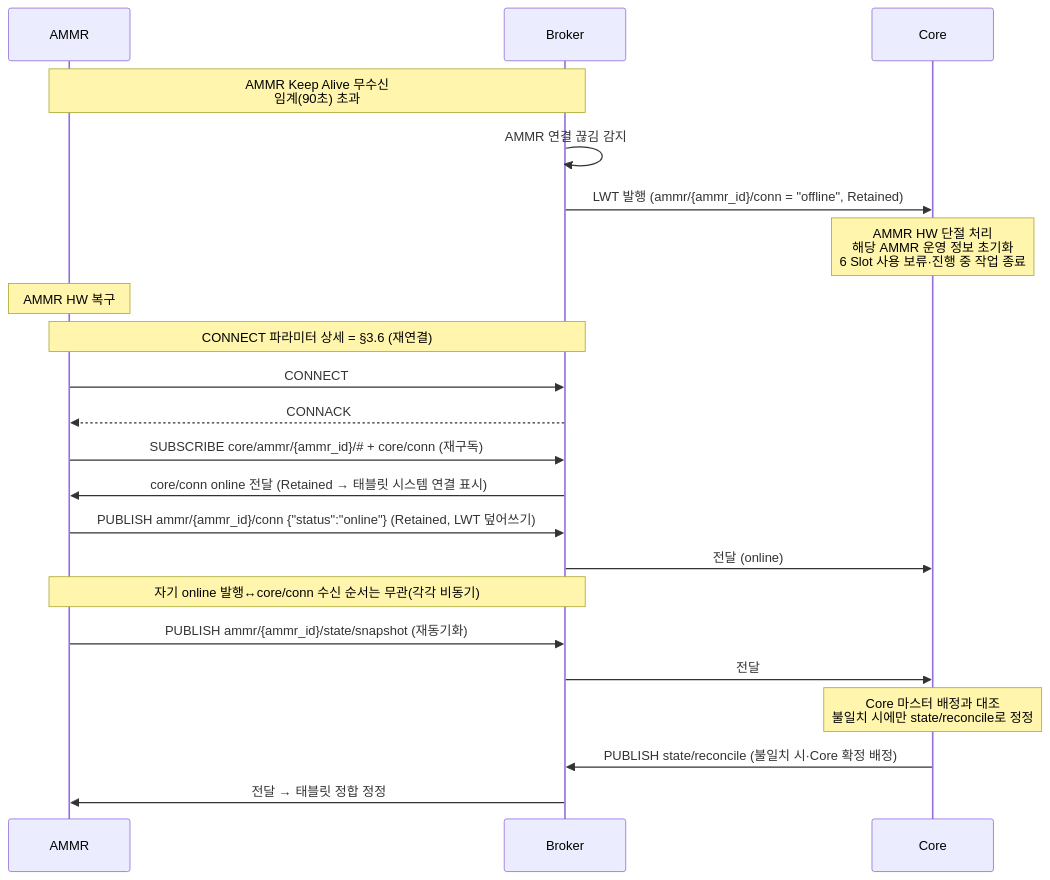
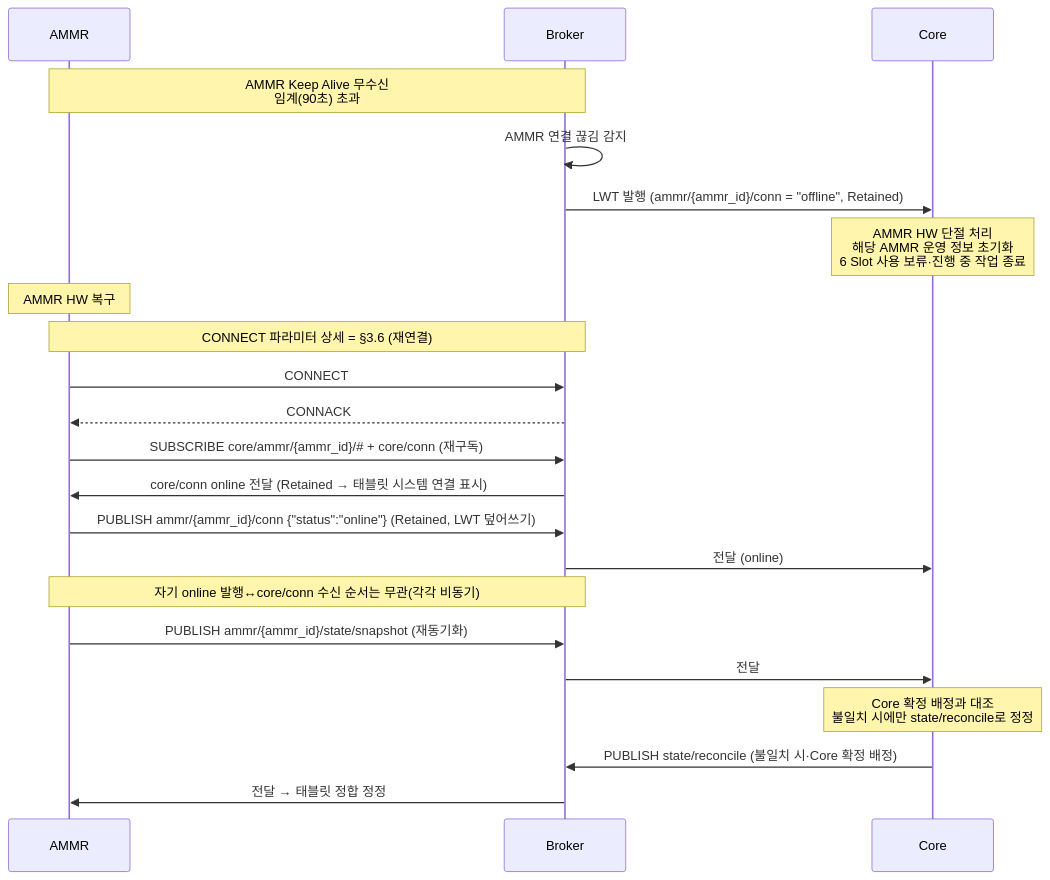
Before and after one commit to kimminsu0315/Core-Docs: diagram 12 of 13 in docs/out/Core_ICD_AMMR.md, drawn with Mermaid. The commit also changed other lines of this file and 7 other files, not shown here.

````diff
--- a/docs/out/Core_ICD_AMMR.md
+++ b/docs/out/Core_ICD_AMMR.md
@@ -1282,26 +1336,26 @@
 ```mermaid
 sequenceDiagram
     participant A as AMMR
     participant B as Broker
     participant C as Core
 
     Note over A,B: AMMR Keep Alive 무수신<br/>임계(90초) 초과
     B->>B: AMMR 연결 끊김 감지
     B->>C: LWT 발행 (ammr/{ammr_id}/conn = "offline", Retained)
     Note over C: AMMR HW 단절 처리<br/>해당 AMMR 운영 정보 초기화<br/>6 Slot 사용 보류·진행 중 작업 종료
 
     Note over A: AMMR HW 복구
     Note over A,B: CONNECT 파라미터 상세 = §3.6 (재연결)
     A->>B: CONNECT
     B-->>A: CONNACK
     A->>B: SUBSCRIBE core/ammr/{ammr_id}/#35; + core/conn (재구독)
     B->>A: core/conn online 전달 (Retained → 태블릿 시스템 연결 표시)
     A->>B: PUBLISH ammr/{ammr_id}/conn {"status":"online"} (Retained, LWT 덮어쓰기)
     B->>C: 전달 (online)
     Note over A,B: 자기 online 발행↔core/conn 수신 순서는 무관(각각 비동기)
     A->>B: PUBLISH ammr/{ammr_id}/state/snapshot (재동기화)
     B->>C: 전달
-    Note over C: Core 마스터 배정과 대조<br/>불일치 시에만 state/reconcile로 정정
+    Note over C: Core 확정 배정과 대조<br/>불일치 시에만 state/reconcile로 정정
     C->>B: PUBLISH state/reconcile (불일치 시·Core 확정 배정)
     B->>A: 전달 → 태블릿 정합 정정
 ```
````
